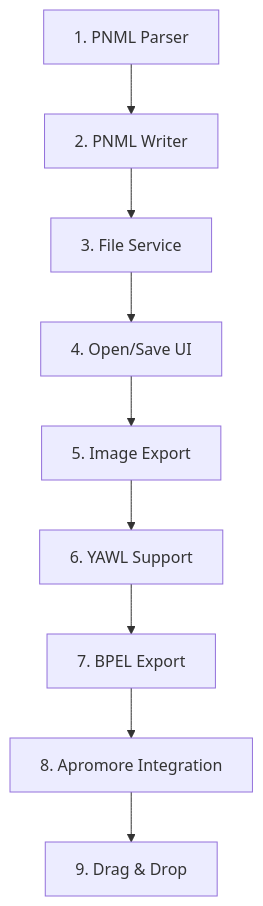
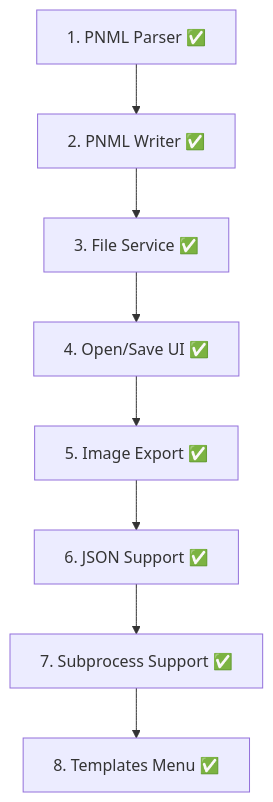
One commit to woped/woped-next changed the third of 3 diagrams in docs/migration/09-file-operations.md. Above: the diagram before and after it, drawn with Mermaid. The commit also changed other lines of this file and 24 other files, not shown here.

````diff
--- a/docs/migration/09-file-operations.md
+++ b/docs/migration/09-file-operations.md
@@ -427,11 +328,10 @@
 ```mermaid
 flowchart TD
-    S1[1. PNML Parser] --> S2[2. PNML Writer]
-    S2 --> S3[3. File Service]
-    S3 --> S4[4. Open/Save UI]
-    S4 --> S5[5. Image Export]
-    S5 --> S6[6. YAWL Support]
-    S6 --> S7[7. BPEL Export]
-    S7 --> S8[8. Apromore Integration]
-    S8 --> S9[9. Drag & Drop]
+    S1[1. PNML Parser ✅] --> S2[2. PNML Writer ✅]
+    S2 --> S3[3. File Service ✅]
+    S3 --> S4[4. Open/Save UI ✅]
+    S4 --> S5[5. Image Export ✅]
+    S5 --> S6[6. JSON Support ✅]
+    S6 --> S7[7. Subprocess Support ✅]
+    S7 --> S8[8. Templates Menu ✅]
 ```
````
